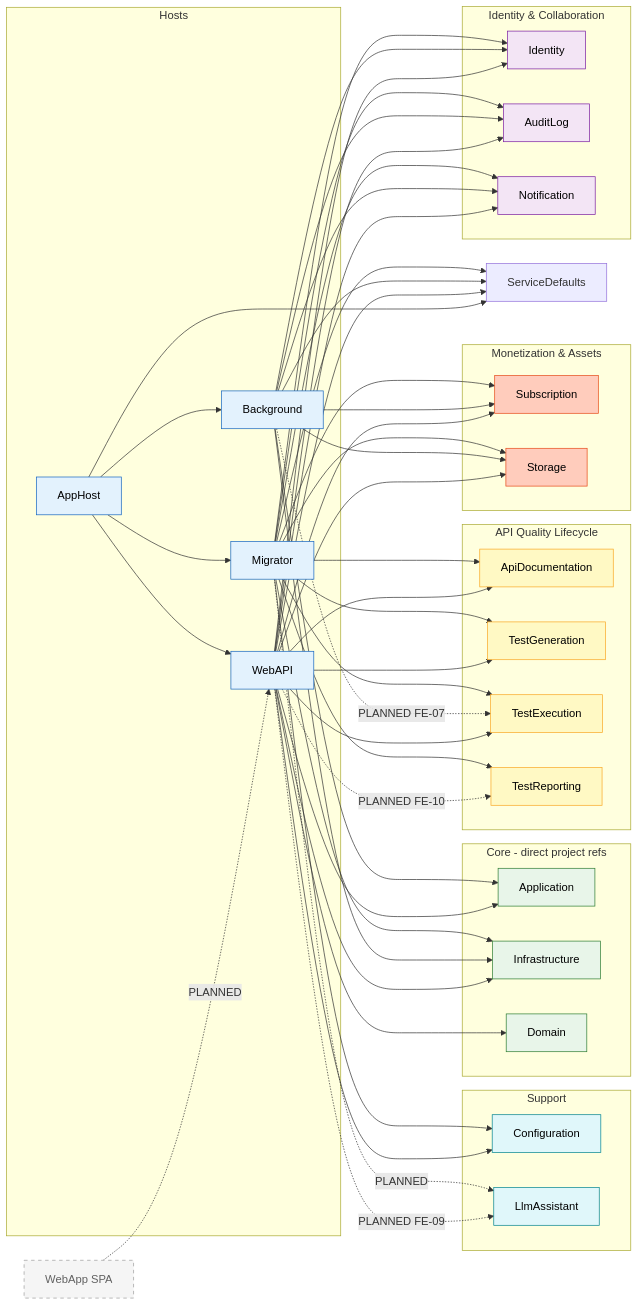
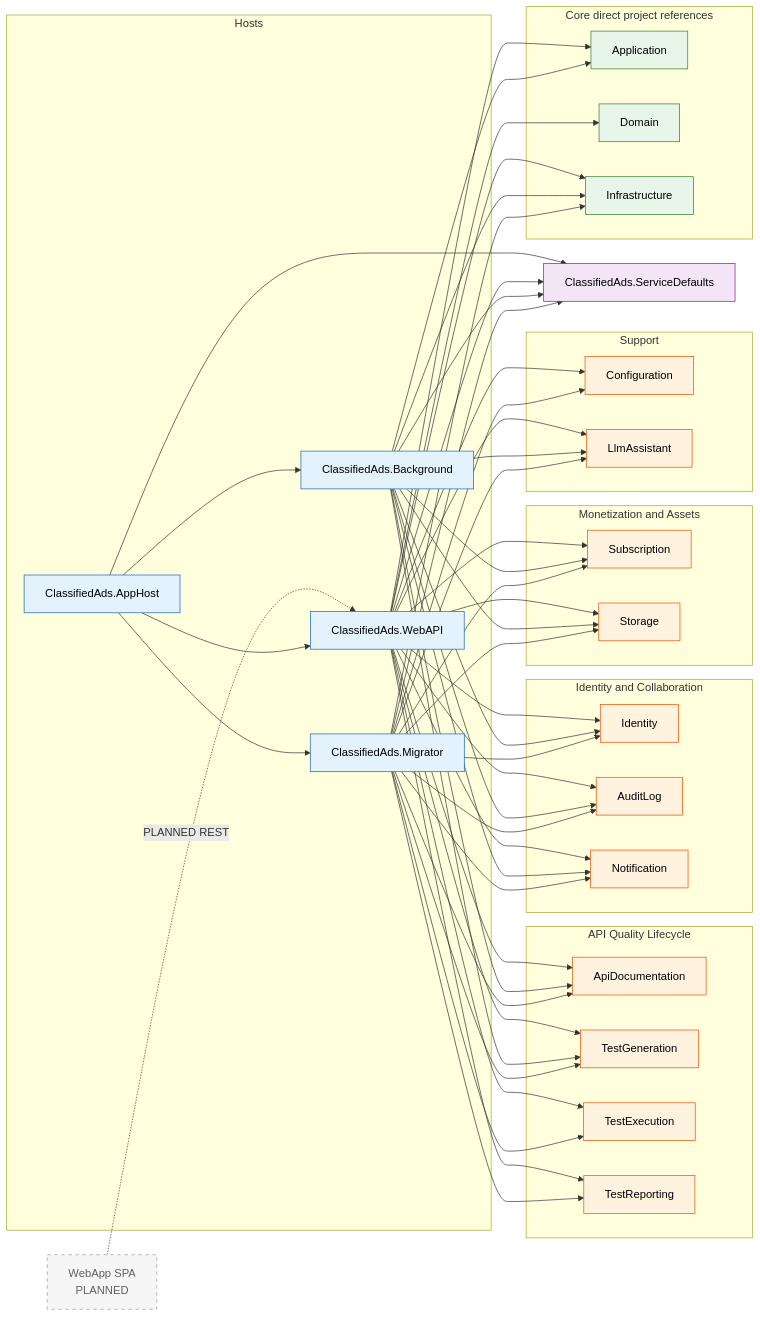
One commit to tinse-22/GSP26SE43.ModularMonolith changed the third of 5 diagrams in docs/architecture/UML_PACKAGE_DIAGRAM_SOURCE.md. Above: the diagram before and after it, drawn with Mermaid. The commit also changed other lines of this file and 1 other file, not shown here.

Commit message:
docs: redraw package diagrams in Mermaid

````diff
--- a/docs/architecture/UML_PACKAGE_DIAGRAM_SOURCE.md
+++ b/docs/architecture/UML_PACKAGE_DIAGRAM_SOURCE.md
@@ -306,85 +190,77 @@
 ```mermaid
 flowchart LR
-    WebApp["WebApp SPA"]
+    WebApp["WebApp SPA<br/>PLANNED"]
 
     subgraph Hosts["Hosts"]
-        AppHost
-        WebAPI
-        Background
-        Migrator
+        AppHost["ClassifiedAds.AppHost"]
+        WebAPI["ClassifiedAds.WebAPI"]
+        Background["ClassifiedAds.Background"]
+        Migrator["ClassifiedAds.Migrator"]
     end
 
-    ServiceDefaults
+    ServiceDefaults["ClassifiedAds.ServiceDefaults"]
 
-    subgraph BC_API["API Quality Lifecycle"]
+    subgraph APIQuality["API Quality Lifecycle"]
         ApiDoc["ApiDocumentation"]
         TestGen["TestGeneration"]
         TestExec["TestExecution"]
         TestRep["TestReporting"]
     end
 
-    subgraph BC_ID["Identity & Collaboration"]
-        Identity
-        AuditLog
-        Notification
+    subgraph IdentityCollab["Identity and Collaboration"]
+        Identity["Identity"]
+        AuditLog["AuditLog"]
+        Notification["Notification"]
     end
 
-    subgraph BC_MON["Monetization & Assets"]
-        Subscription
-        Storage
+    subgraph MonetizationAssets["Monetization and Assets"]
+        Subscription["Subscription"]
+        Storage["Storage"]
     end
 
-    subgraph BC_SUP["Support"]
-        Configuration
-        LlmAssistant
+    subgraph Support["Support"]
+        Configuration["Configuration"]
+        LlmAssistant["LlmAssistant"]
     end
 
-    subgraph HostCore["Core - direct project refs"]
-        Application
-        Infrastructure
-        Domain
+    subgraph HostCore["Core direct project references"]
+        Application["Application"]
+        Domain["Domain"]
+        Infrastructure["Infrastructure"]
     end
 
-    %% Client to Host - planned
-    WebApp -.->|PLANNED| WebAPI
+    WebApp -.->|PLANNED REST| WebAPI
 
-    %% AppHost orchestration
     AppHost --> WebAPI
     AppHost --> Background
     AppHost --> Migrator
     AppHost --> ServiceDefaults
 
-    %% All hosts use ServiceDefaults
     WebAPI --> ServiceDefaults
     Background --> ServiceDefaults
     Migrator --> ServiceDefaults
 
-    %% WebAPI composes - implemented
     WebAPI --> ApiDoc
     WebAPI --> TestGen
     WebAPI --> TestExec
+    WebAPI --> TestRep
     WebAPI --> Identity
     WebAPI --> AuditLog
     WebAPI --> Notification
     WebAPI --> Subscription
     WebAPI --> Storage
     WebAPI --> Configuration
+    WebAPI --> LlmAssistant
 
-    %% WebAPI composes - planned
-    WebAPI -.->|PLANNED FE-10| TestRep
-    WebAPI -.->|PLANNED FE-09| LlmAssistant
-
-    %% Background composes - implemented
+    Background --> ApiDoc
+    Background --> TestGen
     Background --> Identity
     Background --> AuditLog
     Background --> Notification
     Background --> Subscription
     Background --> Storage
+    Background --> LlmAssistant
 
-    %% Background composes - planned
-    Background -.->|PLANNED FE-07| TestExec
-
-    %% Migrator composes - implemented
     Migrator --> ApiDoc
     Migrator --> TestGen
     Migrator --> TestExec
@@ -395,11 +271,8 @@
     Migrator --> Subscription
     Migrator --> Storage
     Migrator --> Configuration
+    Migrator --> LlmAssistant
 
-    %% Migrator composes - planned
-    Migrator -.->|PLANNED| LlmAssistant
-
-    %% Host to Core direct project refs
     WebAPI --> Application
     WebAPI --> Domain
     WebAPI --> Infrastructure
@@ -408,18 +281,14 @@
     Migrator --> Infrastructure
 
     classDef host fill:#E3F2FD,stroke:#1565C0,color:#000
-    classDef api fill:#FFF9C4,stroke:#F9A825,color:#000
-    classDef id fill:#F3E5F5,stroke:#7B1FA2,color:#000
-    classDef mon fill:#FFCCBC,stroke:#E64A19,color:#000
-    classDef sup fill:#E0F7FA,stroke:#00838F,color:#000
+    classDef module fill:#FFF3E0,stroke:#E65100,color:#000
     classDef core fill:#E8F5E9,stroke:#2E7D32,color:#000
+    classDef shared fill:#F3E5F5,stroke:#7B1FA2,color:#000
     classDef planned fill:#F5F5F5,stroke:#9E9E9E,stroke-dasharray:5 5,color:#616161
 
     class WebApp planned
     class AppHost,WebAPI,Background,Migrator host
-    class ApiDoc,TestGen,TestExec,TestRep api
-    class Identity,AuditLog,Notification id
-    class Subscription,Storage mon
-    class Configuration,LlmAssistant sup
-    class Application,Infrastructure,Domain core
+    class ApiDoc,TestGen,TestExec,TestRep,Identity,AuditLog,Notification,Subscription,Storage,Configuration,LlmAssistant module
+    class Application,Domain,Infrastructure core
+    class ServiceDefaults shared
 ```
````
